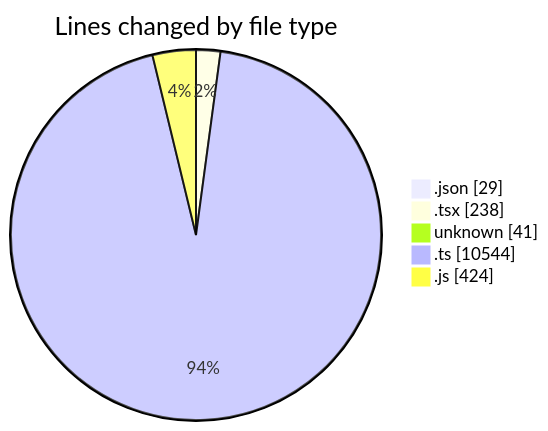
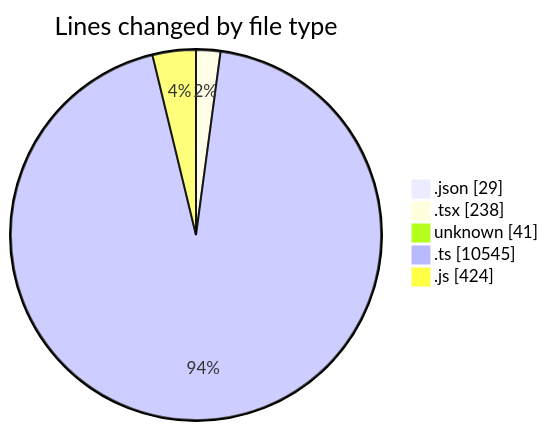
One commit to momahboobian/code-tracking changed the first of 2 diagrams in 2025-06-09/cda/README.md. Above: the diagram before and after it, drawn with Mermaid. The commit also changed other lines of this file and 1 other file, not shown here.

````diff
--- a/2025-06-09/cda/README.md
+++ b/2025-06-09/cda/README.md
@@ -27,9 +27,9 @@
 ```mermaid
 pie showData
 title Lines changed by file type
 ".json" : 29
 ".tsx" : 238
 "unknown" : 41
-".ts" : 10544
+".ts" : 10545
 ".js" : 424
 ```
````
